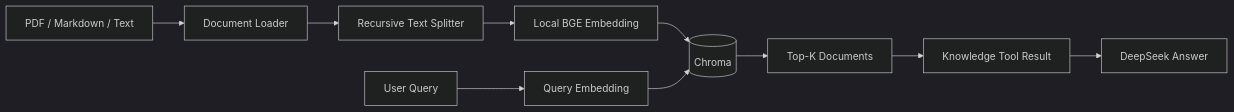
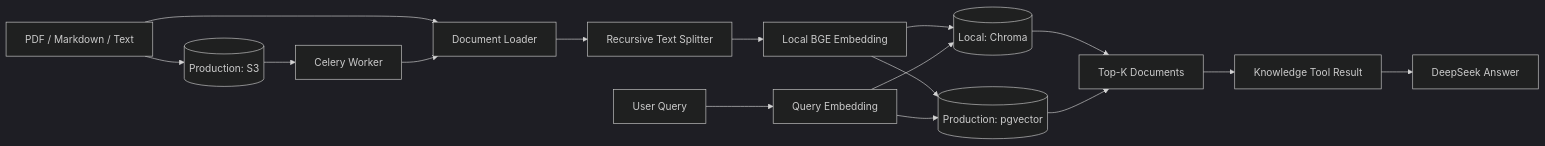
One commit to AFPyannian/lifepilot-agent changed the fourth of 4 diagrams in docs/architecture.md. Above: the diagram before and after it, drawn with Mermaid (dark theme). The commit also changed other lines of this file and 40 other files, not shown here.

````diff
--- a/docs/architecture.md
+++ b/docs/architecture.md
@@ -185,13 +184,19 @@
 ```mermaid
 flowchart LR
     FILE[PDF / Markdown / Text] --> LOAD[Document Loader]
     LOAD --> SPLIT[Recursive Text Splitter]
     SPLIT --> EMB[Local BGE Embedding]
-    EMB --> STORE[(Chroma)]
+    EMB --> LOCAL[(Local: Chroma)]
+    EMB --> PROD[(Production: pgvector)]
+    FILE --> OBJECT[(Production: S3)]
+    OBJECT --> WORKER[Celery Worker]
+    WORKER --> LOAD
 
     QUERY[User Query] --> QEMB[Query Embedding]
-    QEMB --> STORE
-    STORE --> DOCS[Top-K Documents]
+    QEMB --> LOCAL
+    QEMB --> PROD
+    LOCAL --> DOCS[Top-K Documents]
+    PROD --> DOCS
     DOCS --> TOOL[Knowledge Tool Result]
     TOOL --> MODEL[DeepSeek Answer]
 ```
````
